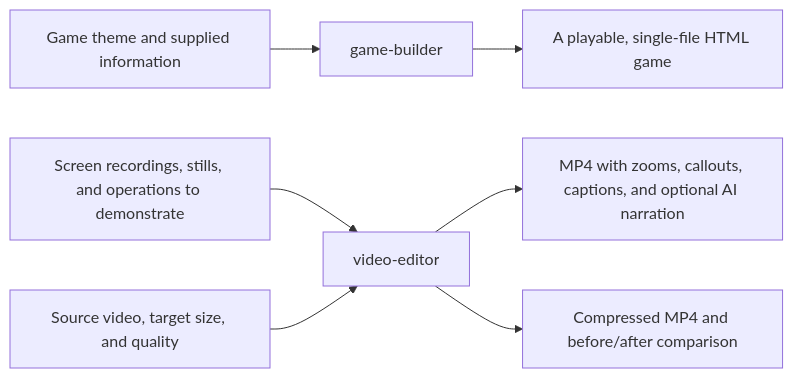
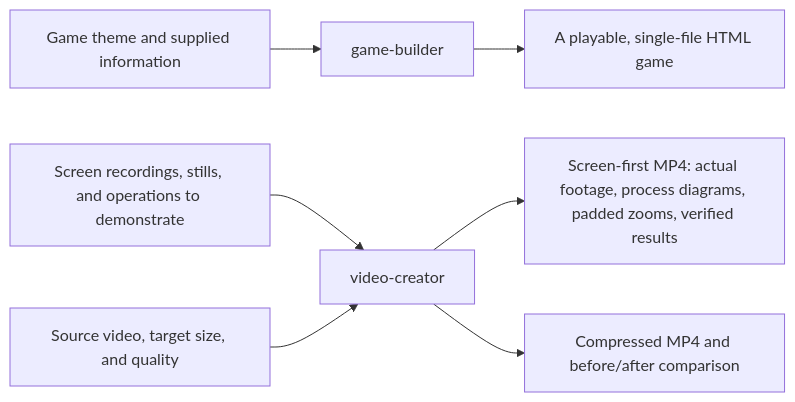
The sixth of 12 diagrams in README.md (geekfujiwara/copilot-cowork-skills), drawn with Mermaid before and after one commit. The commit also changed other lines of this file and 76 other files, not shown here.

Commit message:
Rename video-editor to video-creator with screen-first workflows (#21)

````diff
--- a/README.md
+++ b/README.md
@@ -201,9 +201,9 @@
 ```mermaid
 flowchart LR
 	THEME["Game theme and supplied information"] --> GB["game-builder"]
 	GB --> GAME["A playable, single-file HTML game"]
-	RECORDING["Screen recordings, stills, and operations to demonstrate"] --> VE["video-editor"]
+	RECORDING["Screen recordings, stills, and operations to demonstrate"] --> VE["video-creator"]
 	VIDEO["Source video, target size, and quality"] --> VE
-	VE --> EDITED["MP4 with zooms, callouts, captions, and optional AI narration"]
+	VE --> EDITED["Screen-first MP4: actual footage, process diagrams, padded zooms, verified results"]
 	VE --> SMALL["Compressed MP4 and before/after comparison"]
 ```
````
